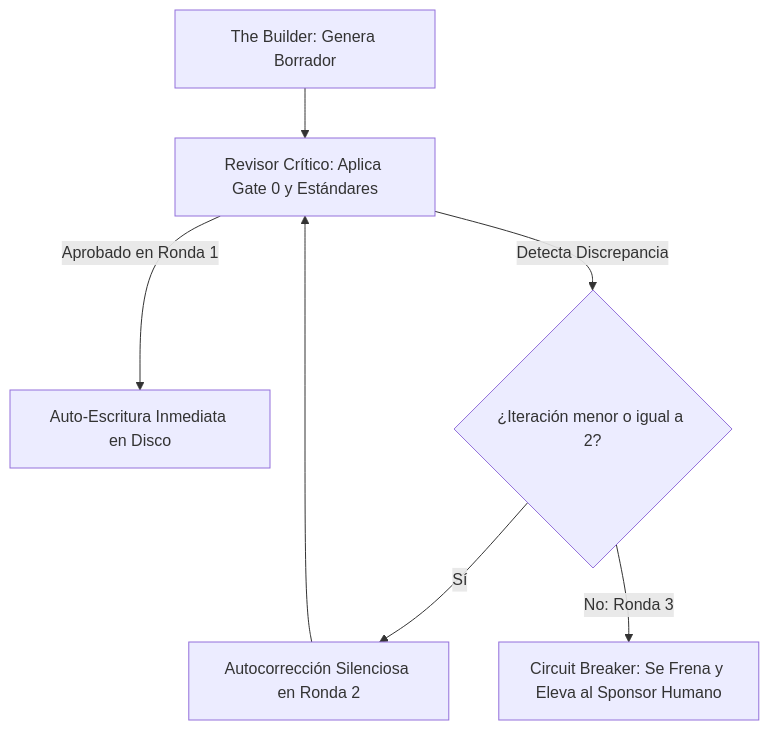
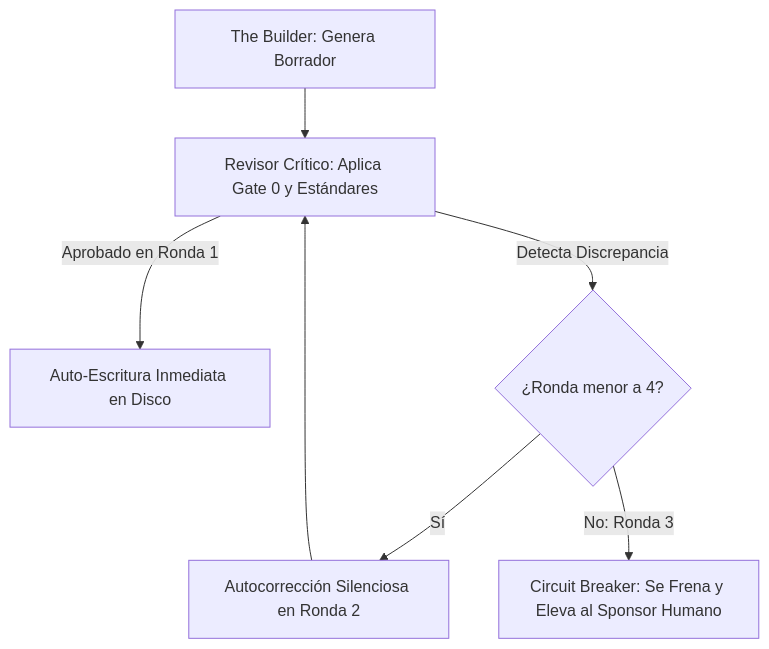
One commit to ribonilla/arnesOrquestador changed the second of 2 diagrams in README.md. Above: the diagram before and after it, drawn with Mermaid. The commit also changed other lines of this file and 11 other files, not shown here.

````diff
--- a/README.md
+++ b/README.md
@@ -245,9 +245,9 @@
 ```mermaid
 flowchart TD
     A["The Builder: Genera Borrador"] --> B["Revisor Crítico: Aplica Gate 0 y Estándares"]
     B -->|Aprobado en Ronda 1| C[Auto-Escritura Inmediata en Disco]
-    B -->|Detecta Discrepancia| D{"¿Iteración menor o igual a 2?"}
+    B -->|Detecta Discrepancia| D{"¿Ronda menor a 4?"}
     D -->|Sí| E[Autocorrección Silenciosa en Ronda 2]
     E --> B
     D -->|No: Ronda 3| F["Circuit Breaker: Se Frena y Eleva al Sponsor Humano"]
 ```
````
